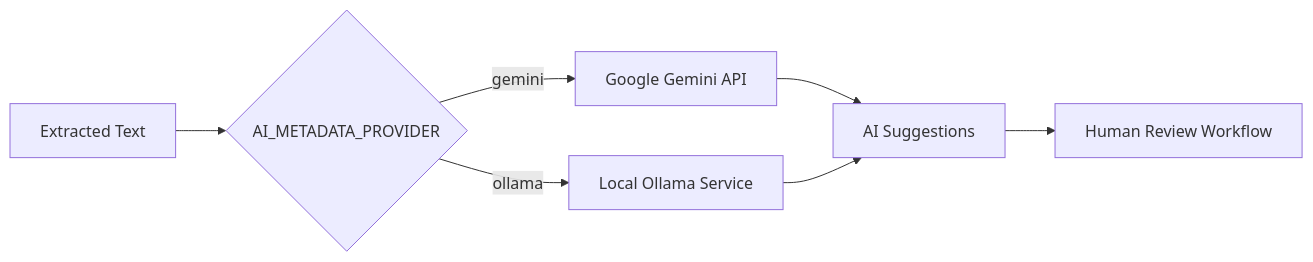
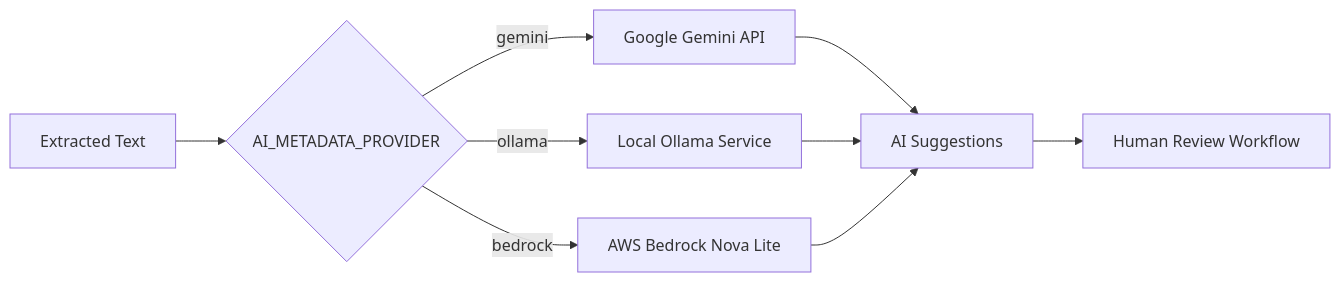
Before and after one commit to khaliqueaws-creator/document-management: the third of 4 diagrams in docs/ai-workflow.md, drawn with Mermaid. The commit also changed other lines of this file and 4 other files, not shown here.

Commit message:
Update architecture docs for Bedrock

````diff
--- a/docs/ai-workflow.md
+++ b/docs/ai-workflow.md
@@ -64,12 +64,14 @@
 ```mermaid
 flowchart LR
     ExtractedText[Extracted Text] --> Provider{AI_METADATA_PROVIDER}
 
     Provider -->|gemini| Gemini[Google Gemini API]
     Provider -->|ollama| Ollama[Local Ollama Service]
+    Provider -->|bedrock| Bedrock[AWS Bedrock Nova Lite]
 
     Gemini --> Suggestions[AI Suggestions]
     Ollama --> Suggestions
+    Bedrock --> Suggestions
 
     Suggestions --> Review[Human Review Workflow]
 ```
````
